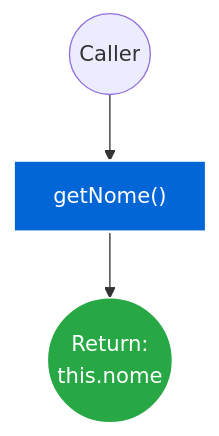
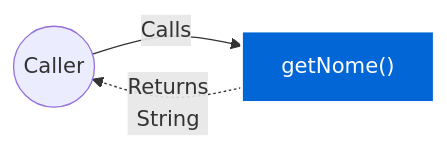
Before and after one commit to FelipeMCassiano/geanky: the fifth of 5 diagrams in docs/UserModel.md, drawn with Mermaid. The commit also changed other lines of this file and 6 other files, not shown here.

````diff
--- a/docs/UserModel.md
+++ b/docs/UserModel.md
@@ -200,11 +218,9 @@
 ```mermaid
-flowchart TD
+flowchart LR
     classDef methodNode fill:#0366d6,stroke:#fff,stroke-width:2px,color:#fff;
-    classDef callNode fill:#f1f8ff,stroke:#0366d6,color:#24292f;
-    classDef ifNode fill:#fff8c5,stroke:#d73a49,color:#24292f;
-    classDef retNode fill:#28a745,stroke:#fff,color:#fff;
+    Caller(("Caller"))
+    Method["getNome()"]:::methodNode
 
-    START(("Caller")) --> M_ENTRY["getNome()"]:::methodNode
-    M_ENTRY --> N1(("Return:<br>this.nome")):::retNode
-
+    Caller -- "Calls" --> Method
+    Method -. "Returns<br>String" .-> Caller
 ```
````
